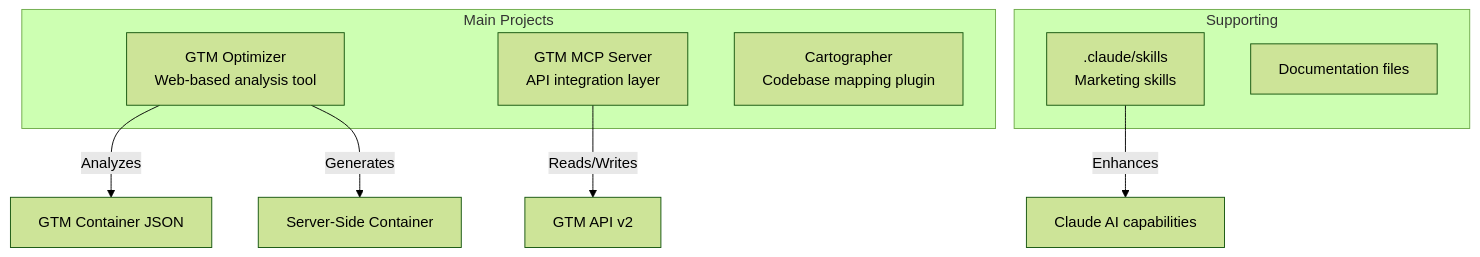
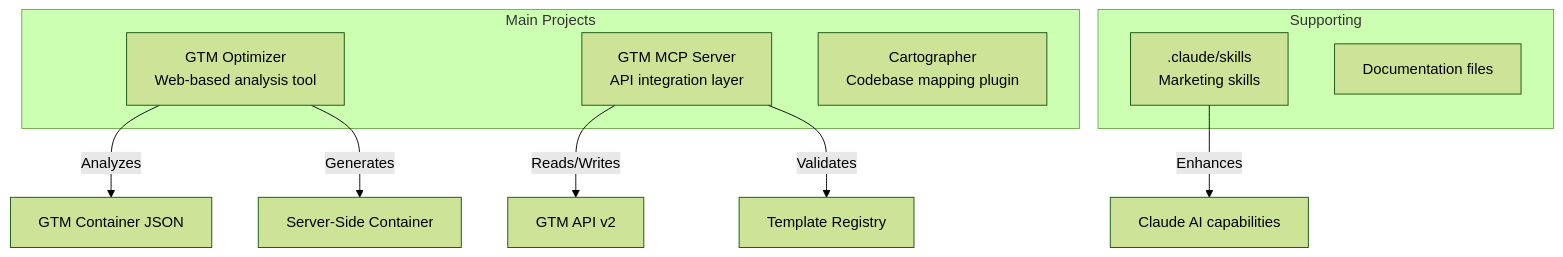
One commit to banana-orama/Google-Tag-Manager-Hilfe changed the first of 3 diagrams in docs/CODEBASE_MAP.md. Above: the diagram before and after it, drawn with Mermaid (forest theme). The commit also changed other lines of this file and 3 other files, not shown here.

First line of the commit message:
Condense GTM best practices skill and add Stape MCP Server documentation

````diff
--- a/docs/CODEBASE_MAP.md
+++ b/docs/CODEBASE_MAP.md
@@ -15,18 +15,19 @@
 ```mermaid
 graph TB
     subgraph "Main Projects"
         GTM_OPT[GTM Optimizer<br/>Web-based analysis tool]
         GTM_MCP[GTM MCP Server<br/>API integration layer]
         CART[Cartographer<br/>Codebase mapping plugin]
     end
 
     subgraph "Supporting"
         CLAUDE[.claude/skills<br/>Marketing skills]
         DOCS[Documentation files]
     end
 
     GTM_OPT -->|Analyzes| GTM_JSON[GTM Container JSON]
     GTM_OPT -->|Generates| SSG[Server-Side Container]
     GTM_MCP -->|Reads/Writes| GTM_API[GTM API v2]
+    GTM_MCP -->|Validates| REGISTRY[Template Registry]
     CLAUDE -->|Enhances| CLAUDE_AI[Claude AI capabilities]
 ```
````
